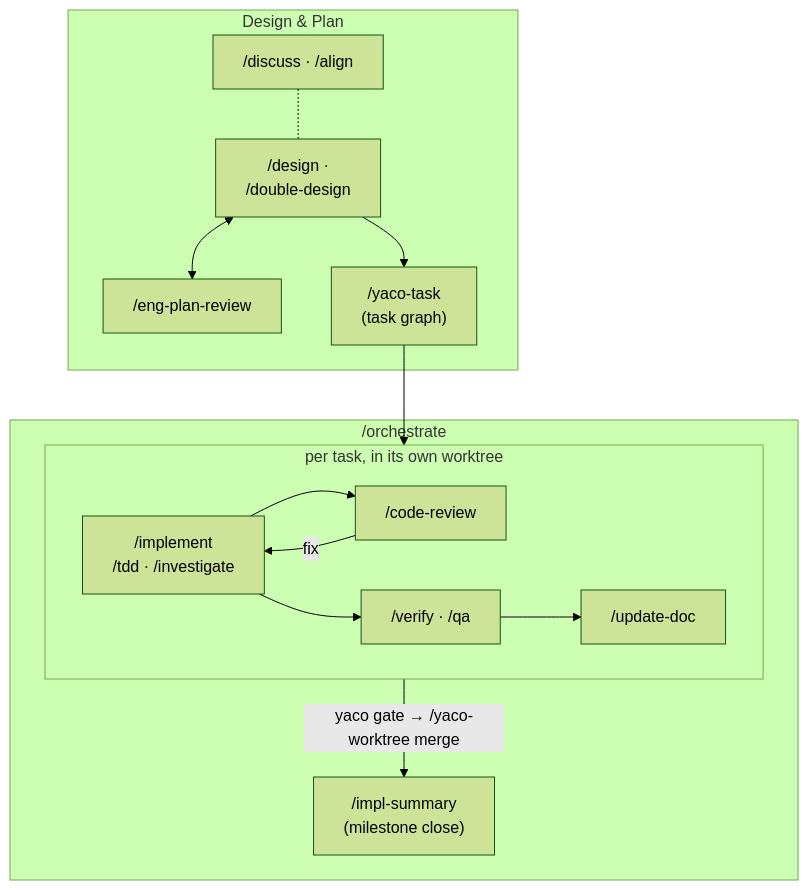
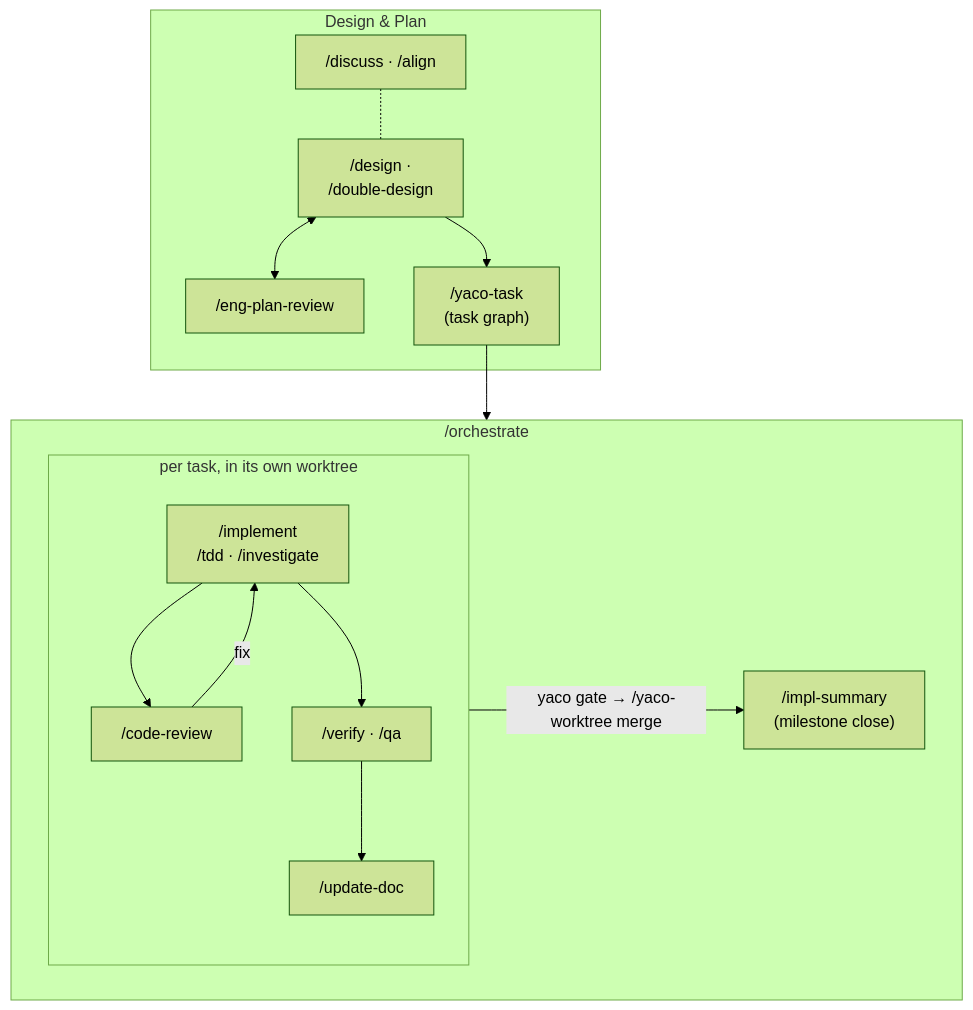
Before and after one commit to imoonkey/yaco: the diagram in README.md, drawn with Mermaid (forest theme).

Commit message:
docs(readme): task graph feeds /orchestrate as a whole, not the inner loop

````diff
--- a/README.md
+++ b/README.md
@@ -115,18 +115,18 @@
 ```mermaid
 flowchart TD
     subgraph DE ["Design & Plan"]
         D["/design ·<br>/double-design"] <--> EPR["/eng-plan-review"]
         DIS["/discuss · /align"] -.- D
         D --> TG["/yaco-task<br>(task graph)"]
     end
     subgraph OR ["/orchestrate"]
         subgraph BU ["per task, in its own worktree"]
             I["/implement<br>/tdd · /investigate"] --> CR["/code-review"]
             CR -->|fix| I
             I --> V["/verify · /qa"]
             V --> U["/update-doc"]
         end
         BU -->|"yaco gate → /yaco-worktree merge"| IS["/impl-summary<br>(milestone close)"]
     end
-    TG --> BU
+    TG --> OR
 ```
````
